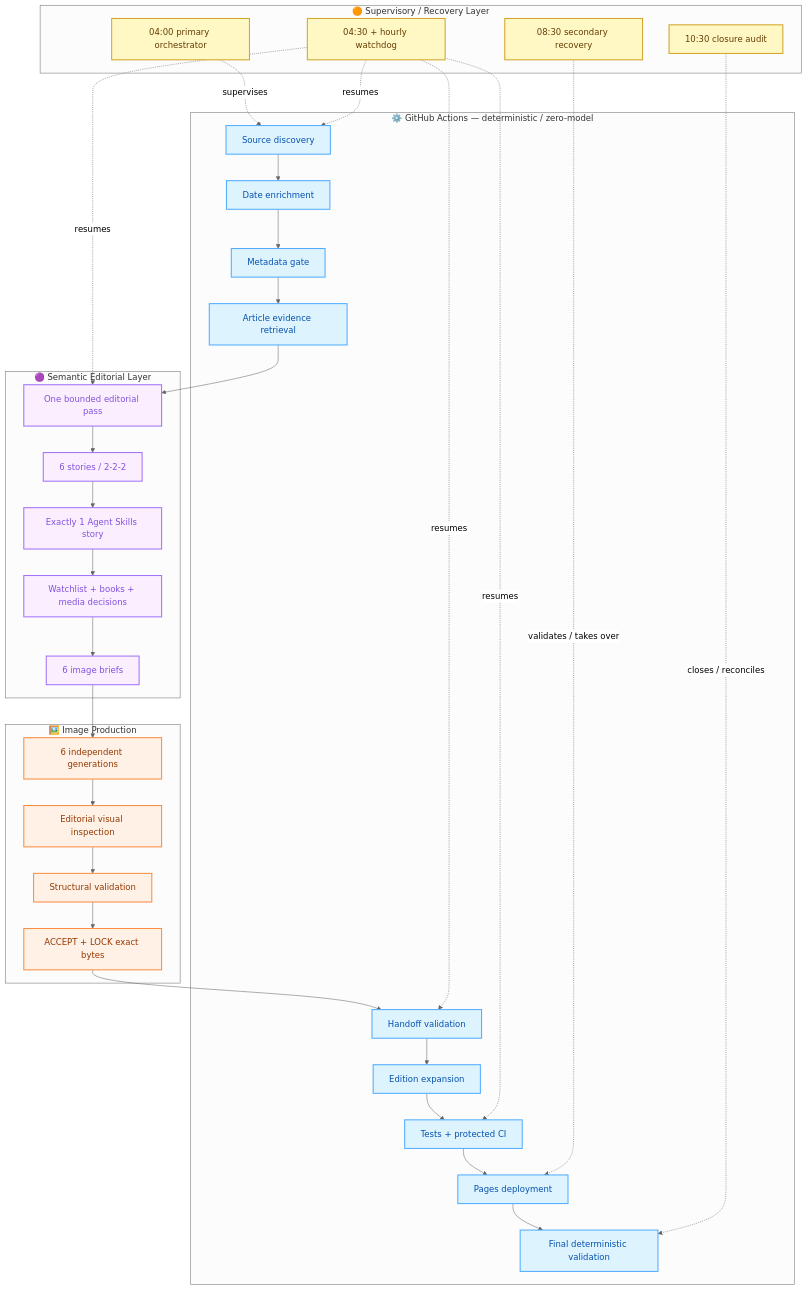
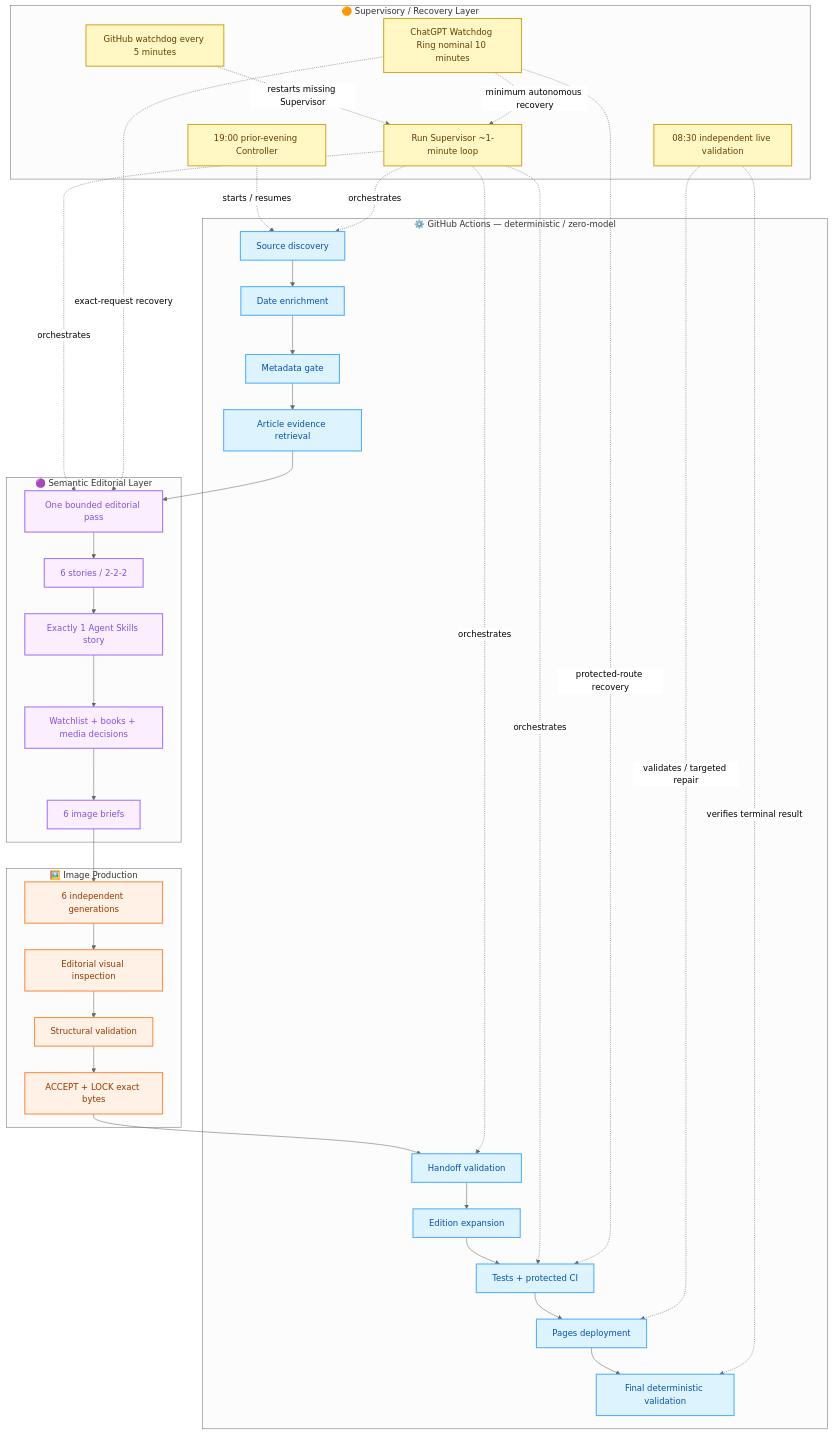
Before and after one commit to gttome/Daily-AI-Brief: the third of 9 diagrams in docs/operations/LIVING-SYSTEM-OPERATIONS.md, drawn with Mermaid (neutral theme). The commit also changed other lines of this file, not shown here.

Commit message:
Reconcile living schedule architecture with Watchdog Ring

````diff
--- a/docs/operations/LIVING-SYSTEM-OPERATIONS.md
+++ b/docs/operations/LIVING-SYSTEM-OPERATIONS.md
@@ -375,59 +371,64 @@
 ```mermaid
 flowchart TB
     subgraph GA["⚙️ GitHub Actions — deterministic / zero-model"]
       G1["Source discovery"]
       G2["Date enrichment"]
       G3["Metadata gate"]
       G4["Article evidence retrieval"]
       G5["Handoff validation"]
       G6["Edition expansion"]
       G7["Tests + protected CI"]
       G8["Pages deployment"]
       G9["Final deterministic validation"]
     end
 
     subgraph SEM["🟣 Semantic Editorial Layer"]
       S1["One bounded editorial pass"]
       S2["6 stories / 2-2-2"]
       S3["Exactly 1 Agent Skills story"]
       S4["Watchlist + books + media decisions"]
       S5["6 image briefs"]
     end
 
     subgraph IMG["🖼️ Image Production"]
       I1["6 independent generations"]
       I2["Editorial visual inspection"]
       I3["Structural validation"]
       I4["ACCEPT + LOCK exact bytes"]
     end
 
     subgraph SUP["🟠 Supervisory / Recovery Layer"]
-      R1["04:00 primary orchestrator"]
-      R2["04:30 + hourly watchdog"]
-      R3["08:30 secondary recovery"]
-      R4["10:30 closure audit"]
+      R1["19:00 prior-evening Controller"]
+      R2["Run Supervisor ~1-minute loop"]
+      R3["GitHub watchdog every 5 minutes"]
+      R4["ChatGPT Watchdog Ring nominal 10 minutes"]
+      R5["08:30 independent live validation"]
     end
 
     G1 --> G2 --> G3 --> G4 --> S1
     S1 --> S2 --> S3 --> S4 --> S5 --> I1
     I1 --> I2 --> I3 --> I4 --> G5
     G5 --> G6 --> G7 --> G8 --> G9
 
-    R1 -. supervises .-> G1
-    R2 -. resumes .-> G1
-    R2 -. resumes .-> S1
-    R2 -. resumes .-> G5
-    R2 -. resumes .-> G7
-    R3 -. validates / takes over .-> G8
-    R4 -. closes / reconciles .-> G9
+    R1 -. starts / resumes .-> G1
+    R2 -. orchestrates .-> G1
+    R2 -. orchestrates .-> S1
+    R2 -. orchestrates .-> G5
+    R2 -. orchestrates .-> G7
+    R3 -. restarts missing Supervisor .-> R2
+    R4 -. minimum autonomous recovery .-> R2
+    R4 -. exact-request recovery .-> S1
+    R4 -. protected-route recovery .-> G7
+    R5 -. validates / targeted repair .-> G8
+    R5 -. verifies terminal result .-> G9
 
     classDef gh fill:#ddf4ff,color:#0550ae,stroke:#54aeff,stroke-width:2px;
     classDef sem fill:#fbefff,color:#8250df,stroke:#a475f9,stroke-width:2px;
     classDef img fill:#fff1e5,color:#953800,stroke:#fb8f44,stroke-width:2px;
     classDef sup fill:#fff8c5,color:#633c01,stroke:#d4a72c,stroke-width:2px;
 
     class G1,G2,G3,G4,G5,G6,G7,G8,G9 gh;
     class S1,S2,S3,S4,S5 sem;
     class I1,I2,I3,I4 img;
-    class R1,R2,R3,R4 sup;
+    class R1,R2,R3,R4,R5 sup;
 ```
````
